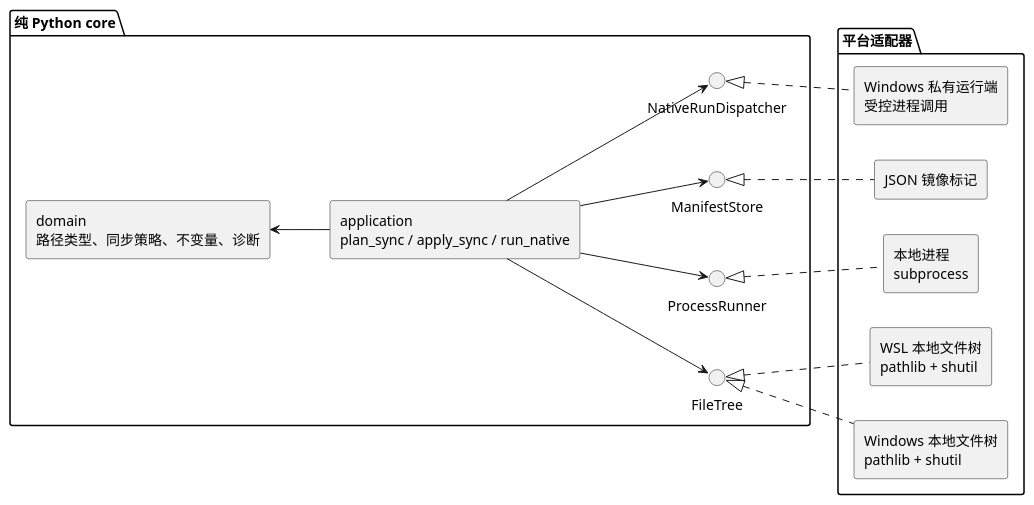
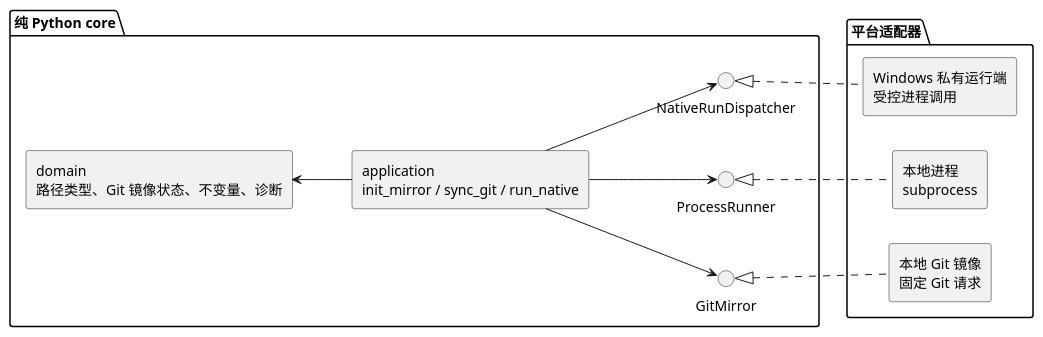
The third of 3 diagrams in docs/01-arch/004-cross-cutting/004-wsl-windows-development-workflow.md (nyml2003/pokemon-untitled), drawn with PlantUML before and after one commit. The commit also changed other lines of this file and 138 other files, not shown here.

````diff
--- a/docs/01-arch/004-cross-cutting/004-wsl-windows-development-workflow.md
+++ b/docs/01-arch/004-cross-cutting/004-wsl-windows-development-workflow.md
@@ -217,30 +226,24 @@
 ```plantuml
 @startuml
 left to right direction
 package "纯 Python core" {
-  rectangle "domain\n路径类型、同步策略、不变量、诊断" as Domain
-  rectangle "application\nplan_sync / apply_sync / run_native" as App
-  interface "FileTree" as Files
+  rectangle "domain\n路径类型、Git 镜像状态、不变量、诊断" as Domain
+  rectangle "application\ninit_mirror / sync_git / run_native" as App
+  interface "GitMirror" as Mirror
   interface "ProcessRunner" as Process
-  interface "ManifestStore" as Manifest
   interface "NativeRunDispatcher" as NativeRun
   Domain <-- App
-  App --> Files
+  App --> Mirror
   App --> Process
-  App --> Manifest
   App --> NativeRun
 }
 package "平台适配器" {
-  rectangle "WSL 本地文件树\npathlib + shutil" as WslFiles
-  rectangle "Windows 本地文件树\npathlib + shutil" as WinFiles
+  rectangle "本地 Git 镜像\n固定 Git 请求" as LocalMirror
   rectangle "本地进程\nsubprocess" as LocalProcess
   rectangle "Windows 私有运行端\n受控进程调用" as WindowsRun
-  rectangle "JSON 镜像标记" as Json
 }
-Files <|.. WslFiles
-Files <|.. WinFiles
+Mirror <|.. LocalMirror
 Process <|.. LocalProcess
 NativeRun <|.. WindowsRun
-Manifest <|.. Json
 @enduml
 ```
````
